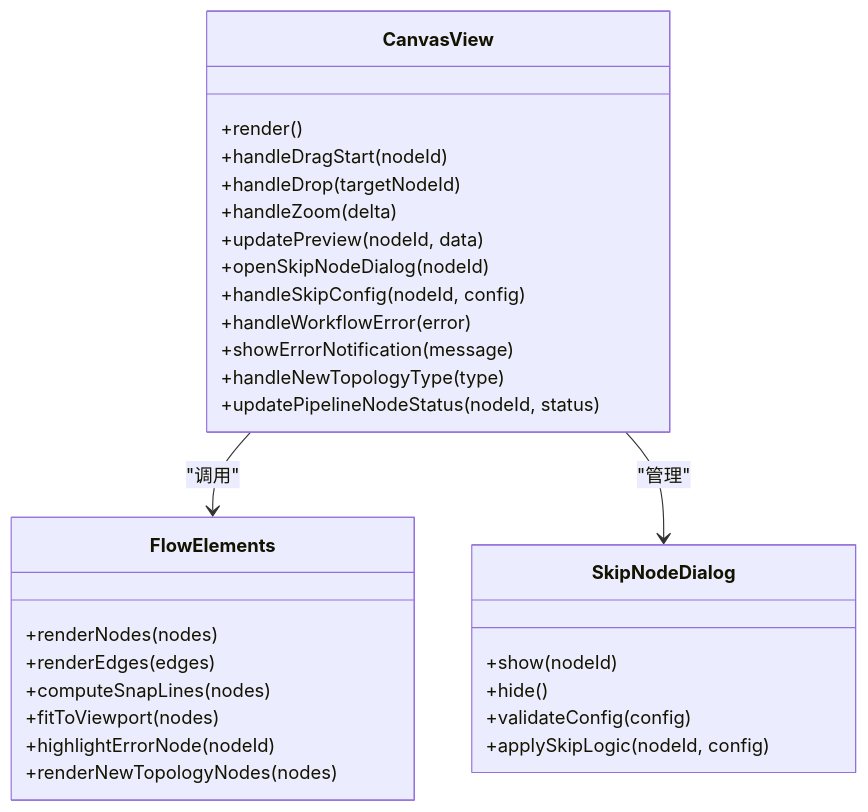
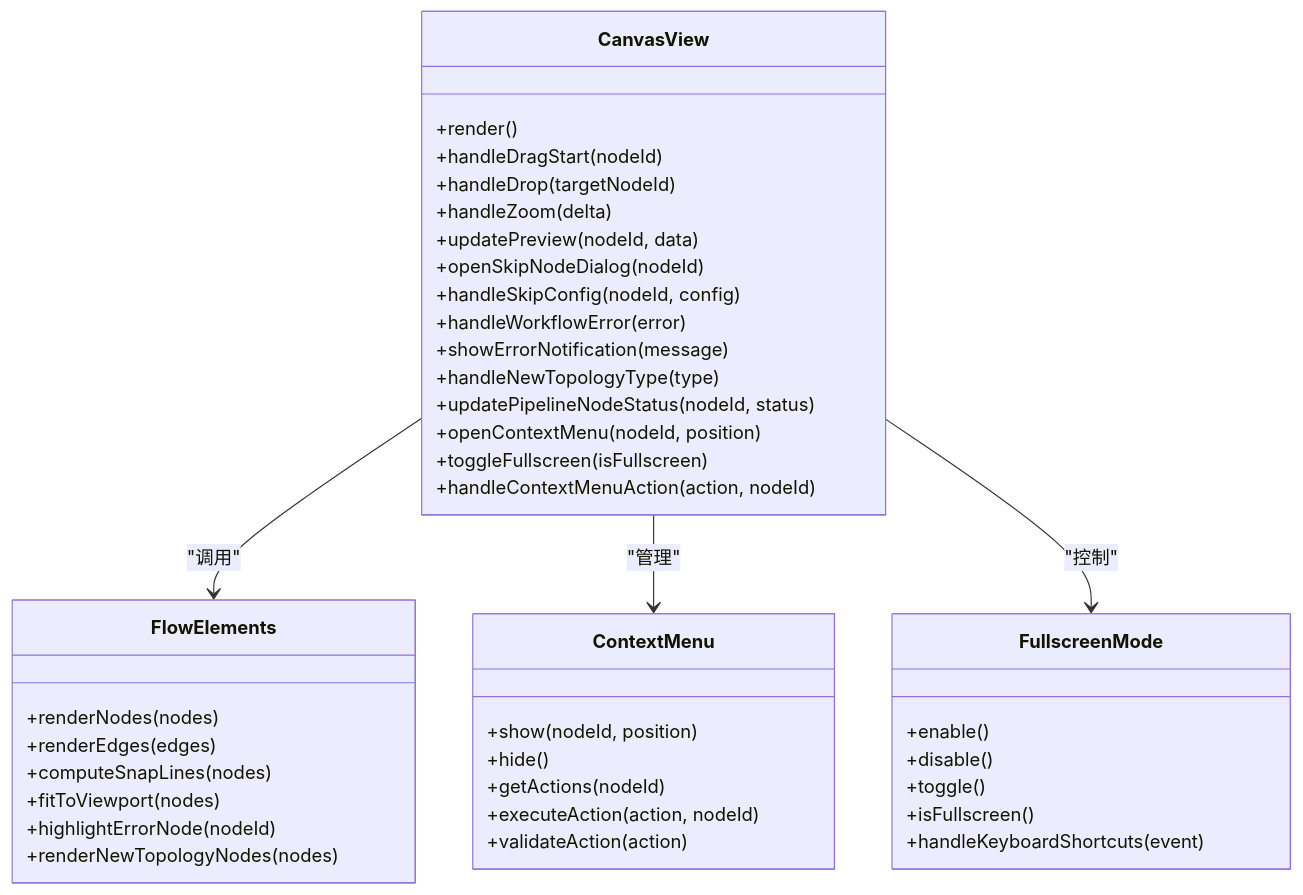
One commit to scottcwy/PurpleInk changed the third of 19 diagrams in .qoder/repowiki/zh/content/画布编辑器/画布编辑器.md. Above: the diagram before and after it, drawn with Mermaid. The commit also changed other lines of this file and 23 other files, not shown here.

````diff
--- a/.qoder/repowiki/zh/content/画布编辑器/画布编辑器.md
+++ b/.qoder/repowiki/zh/content/画布编辑器/画布编辑器.md
@@ -265,32 +288,44 @@
 ```mermaid
 classDiagram
 class CanvasView {
 +render()
 +handleDragStart(nodeId)
 +handleDrop(targetNodeId)
 +handleZoom(delta)
 +updatePreview(nodeId, data)
 +openSkipNodeDialog(nodeId)
 +handleSkipConfig(nodeId, config)
 +handleWorkflowError(error)
 +showErrorNotification(message)
 +handleNewTopologyType(type)
 +updatePipelineNodeStatus(nodeId, status)
++openContextMenu(nodeId, position)
++toggleFullscreen(isFullscreen)
++handleContextMenuAction(action, nodeId)
 }
 class FlowElements {
 +renderNodes(nodes)
 +renderEdges(edges)
 +computeSnapLines(nodes)
 +fitToViewport(nodes)
 +highlightErrorNode(nodeId)
 +renderNewTopologyNodes(nodes)
 }
-class SkipNodeDialog {
-+show(nodeId)
+class ContextMenu {
++show(nodeId, position)
 +hide()
-+validateConfig(config)
-+applySkipLogic(nodeId, config)
++getActions(nodeId)
++executeAction(action, nodeId)
++validateAction(action)
+}
+class FullscreenMode {
++enable()
++disable()
++toggle()
++isFullscreen()
++handleKeyboardShortcuts(event)
 }
 CanvasView --> FlowElements : "调用"
-CanvasView --> SkipNodeDialog : "管理"
+CanvasView --> ContextMenu : "管理"
+CanvasView --> FullscreenMode : "控制"
 ```
````
